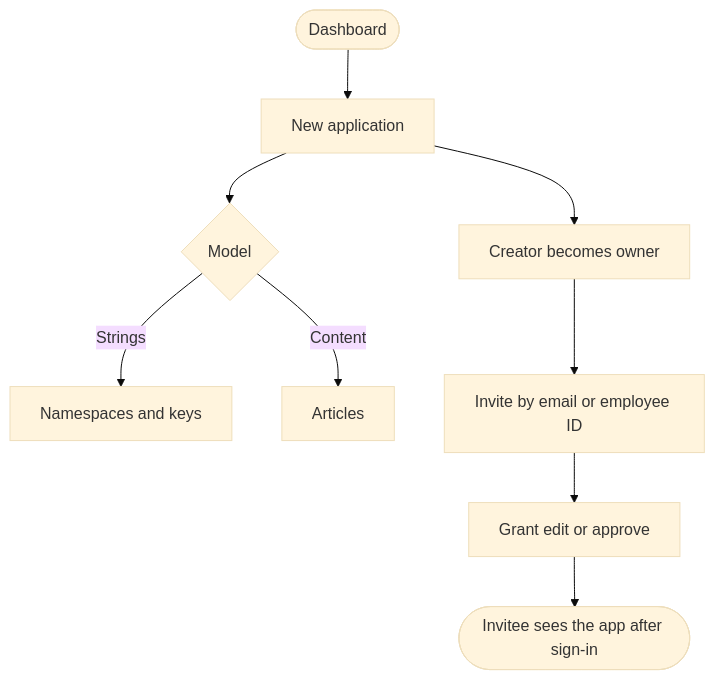
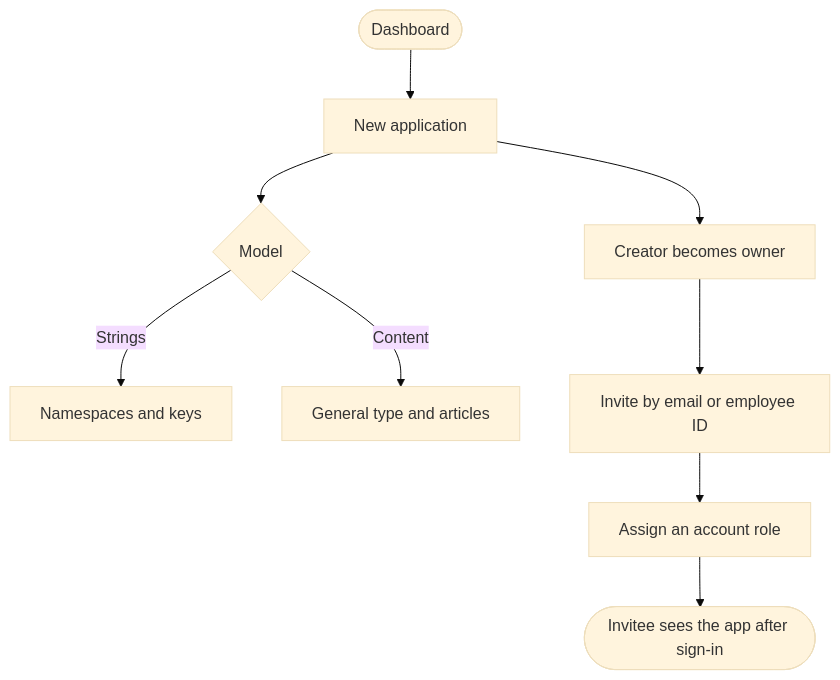
One commit to alanwongsh/mrdiy-lingo changed the fourth of 10 diagrams in docs/lark-diagrams.md. Above: the diagram before and after it, drawn with Mermaid (base theme). The commit also changed other lines of this file and 4 other files, not shown here.

````diff
--- a/docs/lark-diagrams.md
+++ b/docs/lark-diagrams.md
@@ -74,11 +75,11 @@
 ```mermaid
 flowchart TD
   A([Dashboard]) --> B[New application]
   B --> C{Model}
   C -->|Strings| D[Namespaces and keys]
-  C -->|Content| E[Articles]
+  C -->|Content| E[General type and articles]
   B --> F[Creator becomes owner]
   F --> G[Invite by email or employee ID]
-  G --> H[Grant edit or approve]
+  G --> H[Assign an account role]
   H --> I([Invitee sees the app after sign-in])
 ```
````
